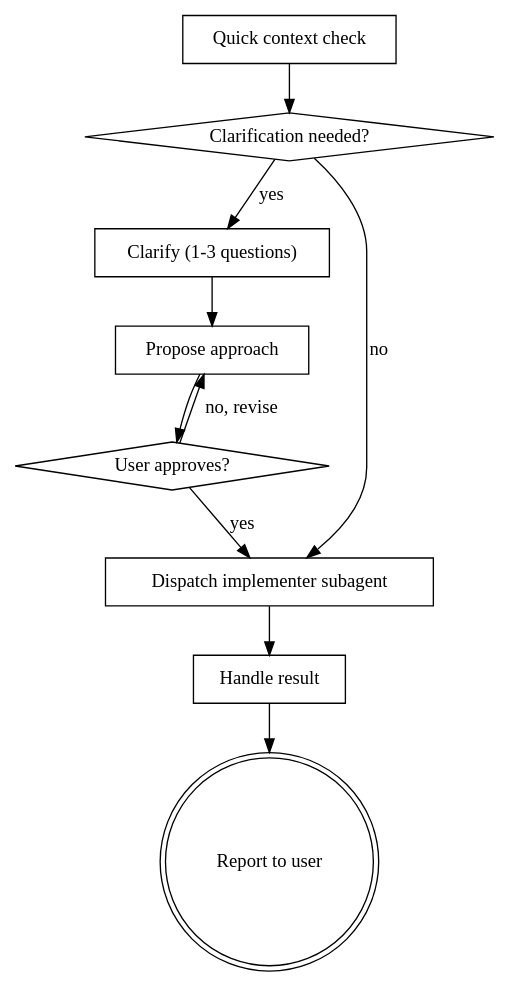
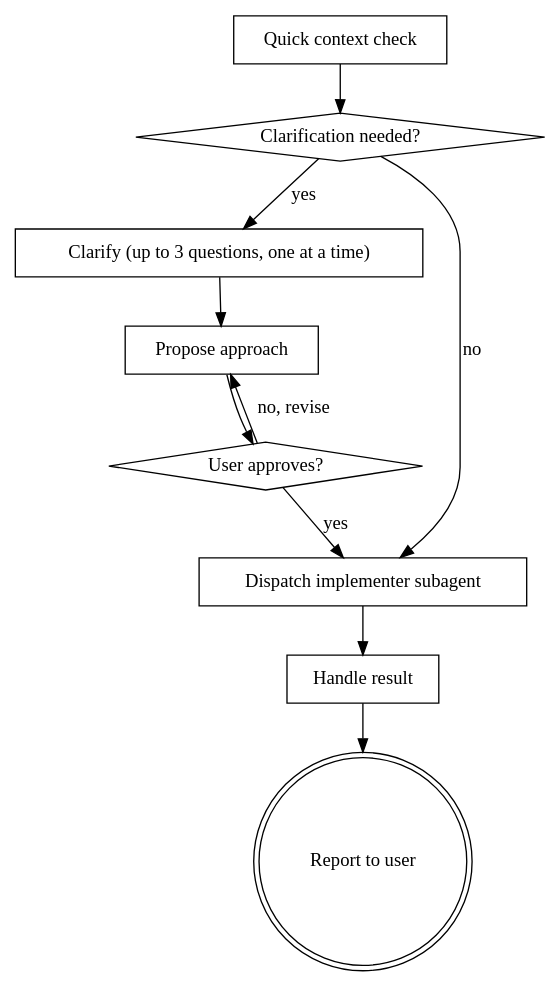
The diagram in skills/chuck/SKILL.md (mattdrose/skills), drawn with Graphviz before and after one commit. The commit also changed other lines of this file, not shown here.

````diff
--- a/skills/chuck/SKILL.md
+++ b/skills/chuck/SKILL.md
@@ -40,22 +40,22 @@
 ```dot
 digraph chuck {
     "Quick context check" [shape=box];
     "Clarification needed?" [shape=diamond];
-    "Clarify (1-3 questions)" [shape=box];
+    "Clarify (up to 3 questions, one at a time)" [shape=box];
     "Propose approach" [shape=box];
     "User approves?" [shape=diamond];
     "Dispatch implementer subagent" [shape=box];
     "Handle result" [shape=box];
     "Report to user" [shape=doublecircle];
 
     "Quick context check" -> "Clarification needed?";
     "Clarification needed?" -> "Dispatch implementer subagent" [label="no"];
-    "Clarification needed?" -> "Clarify (1-3 questions)" [label="yes"];
-    "Clarify (1-3 questions)" -> "Propose approach";
+    "Clarification needed?" -> "Clarify (up to 3 questions, one at a time)" [label="yes"];
+    "Clarify (up to 3 questions, one at a time)" -> "Propose approach";
     "Propose approach" -> "User approves?";
     "User approves?" -> "Propose approach" [label="no, revise"];
     "User approves?" -> "Dispatch implementer subagent" [label="yes"];
     "Dispatch implementer subagent" -> "Handle result";
     "Handle result" -> "Report to user";
 }
 ```
````
